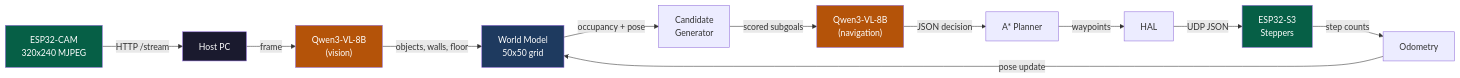
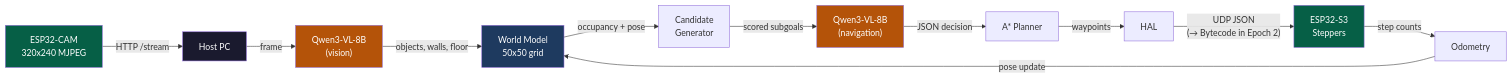
The first of 3 diagrams in README.md (EvolvingAgentsLabs/llmos), drawn with Mermaid before and after one commit. The commit also changed other lines of this file and 3 other files, not shown here.

````diff
--- a/README.md
+++ b/README.md
@@ -118,20 +118,20 @@
 ```mermaid
 graph LR
     CAM["ESP32-CAM<br/>320x240 MJPEG"] -->|HTTP /stream| HOST["Host PC"]
     HOST -->|frame| VLM["Qwen3-VL-8B<br/>(vision)"]
     VLM -->|objects, walls, floor| WM["World Model<br/>50x50 grid"]
     WM -->|occupancy + pose| CG["Candidate<br/>Generator"]
     CG -->|scored subgoals| LLM["Qwen3-VL-8B<br/>(navigation)"]
     LLM -->|JSON decision| PLAN["A* Planner"]
     PLAN -->|waypoints| HAL["HAL"]
-    HAL -->|UDP JSON| ESP["ESP32-S3<br/>Steppers"]
+    HAL -->|"UDP JSON<br/>(→ Bytecode in Epoch 2)"| ESP["ESP32-S3<br/>Steppers"]
     ESP -->|step counts| ODO["Odometry"]
     ODO -->|pose update| WM
 
     style CAM fill:#065f46,color:#fff
     style ESP fill:#065f46,color:#fff
     style VLM fill:#b45309,color:#fff
     style LLM fill:#b45309,color:#fff
     style WM fill:#1e3a5f,color:#fff
     style HOST fill:#1a1a2e,color:#fff
 ```
````
